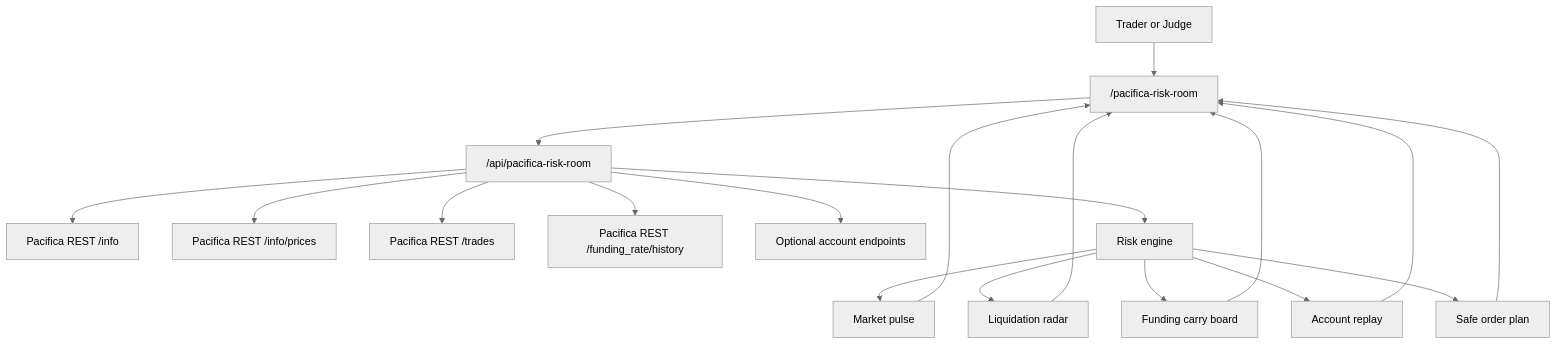
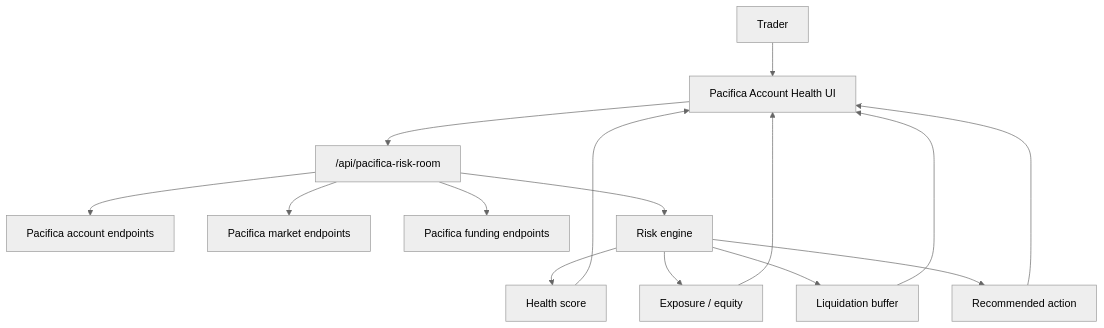
The first of 2 diagrams in README.md (richard7463/pacifica-risk-room), drawn with Mermaid (neutral theme) before and after one commit. The commit also changed other lines of this file and 9 other files, not shown here.

Commit message:
Refocus product on account health

````diff
--- a/README.md
+++ b/README.md
@@ -81,21 +95,17 @@
 ```mermaid
 graph TD
-  A["Trader or Judge"] --> B["/pacifica-risk-room"]
+  A["Trader"] --> B["Pacifica Account Health UI"]
   B --> C["/api/pacifica-risk-room"]
-  C --> D["Pacifica REST /info"]
-  C --> E["Pacifica REST /info/prices"]
-  C --> F["Pacifica REST /trades"]
-  C --> G["Pacifica REST /funding_rate/history"]
-  C --> H["Optional account endpoints"]
-  C --> I["Risk engine"]
-  I --> J["Market pulse"]
-  I --> K["Liquidation radar"]
-  I --> L["Funding carry board"]
-  I --> M["Account replay"]
-  I --> N["Safe order plan"]
+  C --> D["Pacifica account endpoints"]
+  C --> E["Pacifica market endpoints"]
+  C --> F["Pacifica funding endpoints"]
+  C --> G["Risk engine"]
+  G --> H["Health score"]
+  G --> I["Exposure / equity"]
+  G --> J["Liquidation buffer"]
+  G --> K["Recommended action"]
+  H --> B
+  I --> B
   J --> B
   K --> B
-  L --> B
-  M --> B
-  N --> B
 ```
````
